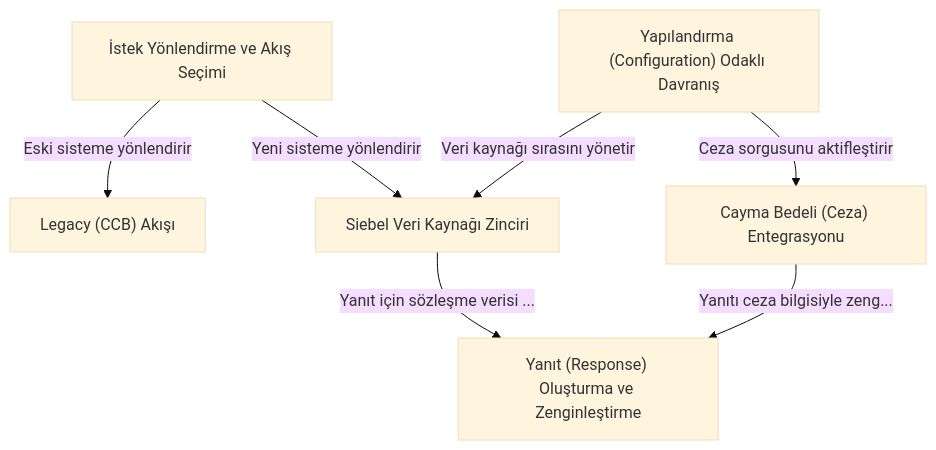
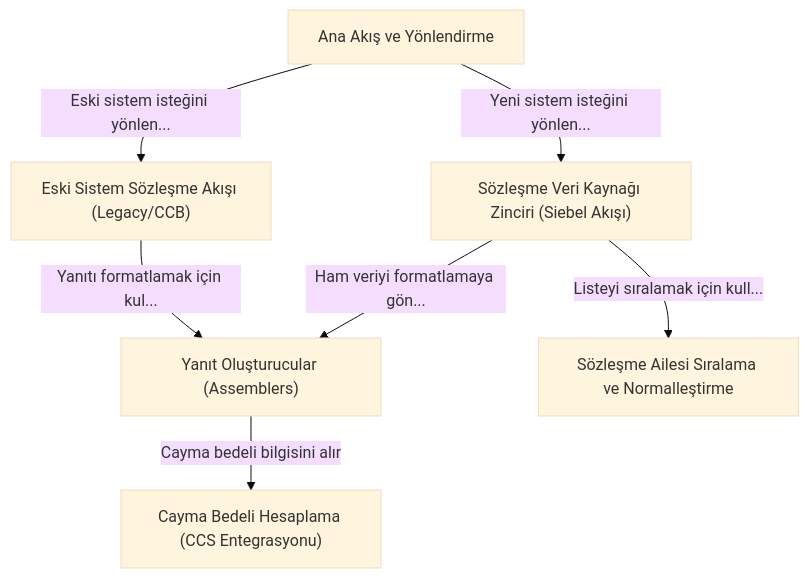
The diagram in index.md (osmantufekci/Technical-Doc-PoC), drawn with Mermaid (base theme) before and after one commit. The commit also changed other lines of this file and 6 other files, not shown here.

````diff
--- a/index.md
+++ b/index.md
@@ -8,21 +8,21 @@
 ```mermaid
 flowchart TD
-    A0["İstek Yönlendirme ve Akış Seçimi
+    A0["Ana Akış ve Yönlendirme
 "]
-    A1["Siebel Veri Kaynağı Zinciri
+    A1["Sözleşme Veri Kaynağı Zinciri (Siebel Akışı)
 "]
-    A2["Yanıt (Response) Oluşturma ve Zenginleştirme
+    A2["Yanıt Oluşturucular (Assemblers)
 "]
-    A3["Cayma Bedeli (Ceza) Entegrasyonu
+    A3["Cayma Bedeli Hesaplama (CCS Entegrasyonu)
 "]
-    A4["Legacy (CCB) Akışı
+    A4["Eski Sistem Sözleşme Akışı (Legacy/CCB)
 "]
-    A5["Yapılandırma (Configuration) Odaklı Davranış
+    A5["Sözleşme Ailesi Sıralama ve Normalleştirme
 "]
-    A0 -- "Eski sisteme yönlendirir" --> A4
-    A0 -- "Yeni sisteme yönlendirir" --> A1
-    A1 -- "Yanıt için sözleşme verisi ..." --> A2
-    A3 -- "Yanıtı ceza bilgisiyle zeng..." --> A2
-    A5 -- "Veri kaynağı sırasını yönetir" --> A1
-    A5 -- "Ceza sorgusunu aktifleştirir" --> A3
+    A0 -- "Yeni sistem isteğini yönlen..." --> A1
+    A0 -- "Eski sistem isteğini yönlen..." --> A4
+    A1 -- "Ham veriyi formatlamaya gön..." --> A2
+    A1 -- "Listeyi sıralamak için kull..." --> A5
+    A2 -- "Cayma bedeli bilgisini alır" --> A3
+    A4 -- "Yanıtı formatlamak için kul..." --> A2
 ```
````
